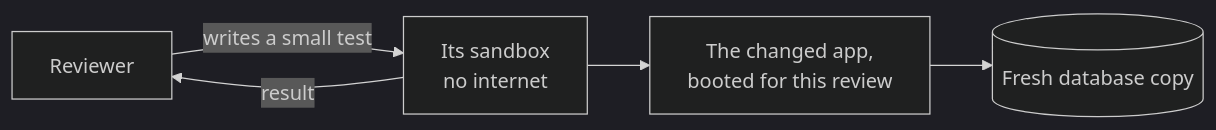
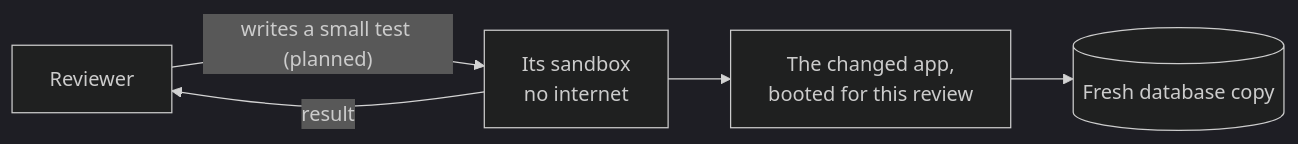
One commit to shinyredapples/intakt changed the second of 2 diagrams in docs/guide/containers-and-services.md. Above: the diagram before and after it, drawn with Mermaid (dark theme). The commit also changed other lines of this file and 4 other files, not shown here.

Commit message:
docs(guide): mark reviewer probes as planned and tell the two timed runs apart

````diff
--- a/docs/guide/containers-and-services.md
+++ b/docs/guide/containers-and-services.md
@@ -68,7 +68,7 @@
 ```mermaid
 flowchart LR
-  reviewer[Reviewer] -- "writes a small test" --> sandbox[Its sandbox<br/>no internet]
+  reviewer[Reviewer] -- "writes a small test (planned)" --> sandbox[Its sandbox<br/>no internet]
   sandbox --> app[The changed app,<br/>booted for this review]
   app --> db[(Fresh database copy)]
   sandbox -- result --> reviewer
 ```
````
